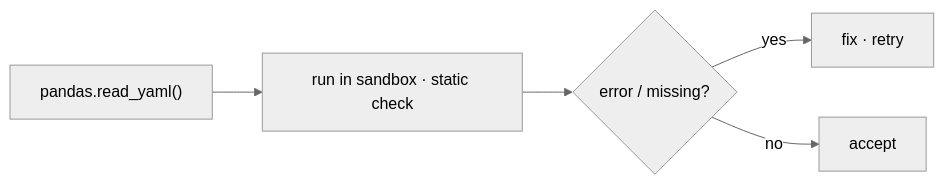
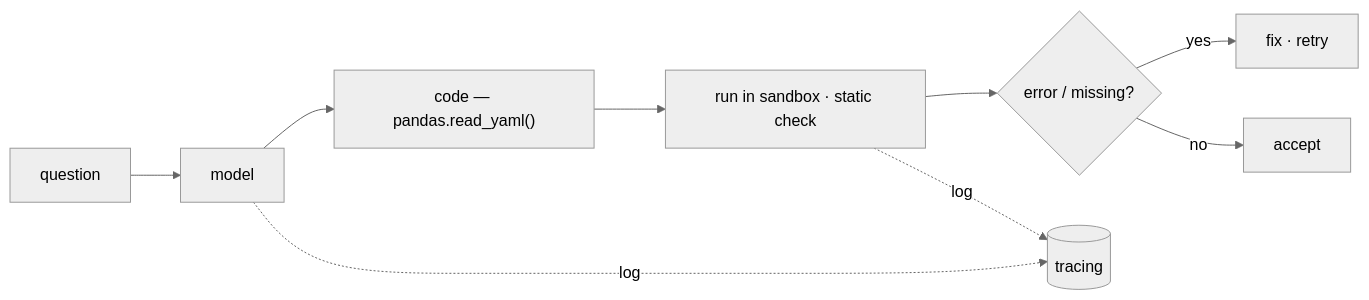
Before and after one commit to CodeCompose7/awesome-ai-stack: the fourth of 7 diagrams in src/content/concepts/en/harness-engineering.mdx, drawn with Mermaid (neutral theme). The commit also changed other lines of this file and 2 other files, not shown here.

Commit message:
style(ui): colour diagram roles; mirror structure in code/API diagram
Add per-role node colours (model = blue, evaluator/checker = green,
tracing = amber) via --aas-role-* + class tags, theme-aware. The code/API
example now follows the same shape as the factual one: question → model
→ code → sandbox/static check → verdict, with both logging to tracing.

````diff
--- a/src/content/concepts/en/harness-engineering.mdx
+++ b/src/content/concepts/en/harness-engineering.mdx
@@ -112,7 +115,14 @@
 ```mermaid
 flowchart LR
-  call["pandas.read_yaml()"] --> run["run in sandbox · static check"]
-  run --> err{"error / missing?"}
+  q["question"] --> model["model"]
+  model --> code["code — pandas.read_yaml()"]
+  code --> check["run in sandbox · static check"]
+  check --> err{"error / missing?"}
   err -- yes --> fix["fix · retry"]
   err -- no --> pass["accept"]
+  model -.log.-> trace[("tracing")]
+  check -.log.-> trace
+  class model roleModel
+  class check roleEval
+  class trace roleTrace
 ```
````
